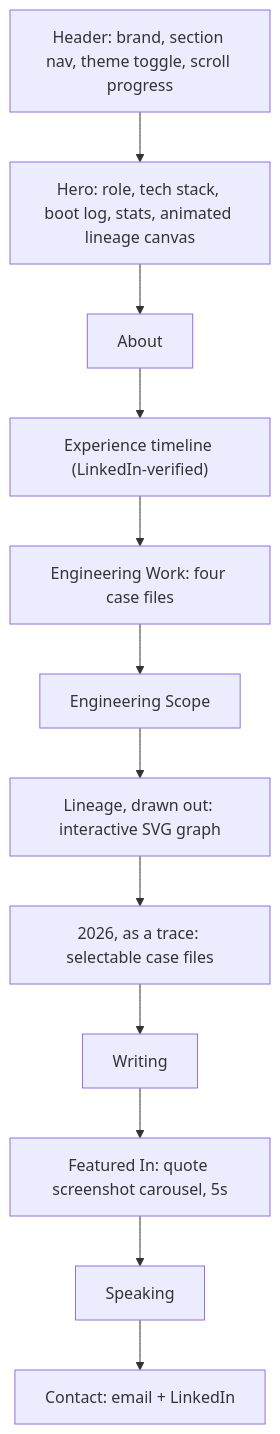
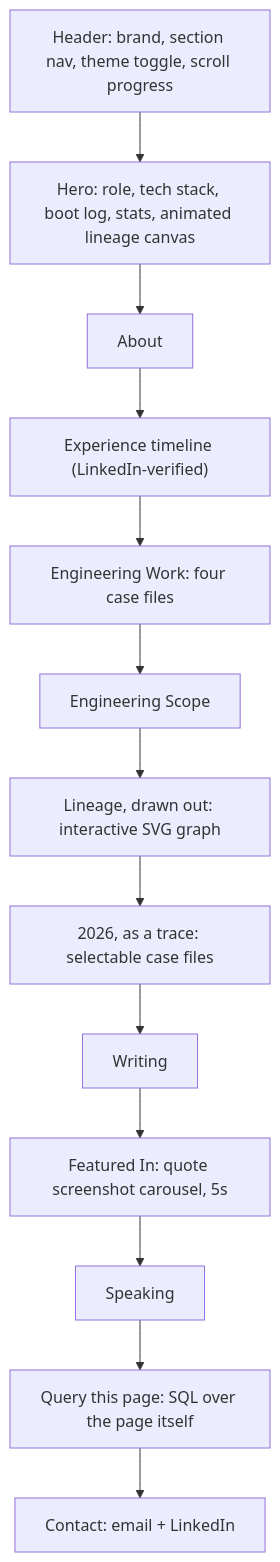
The second of 3 diagrams in README.md (vishuvardhan16/stackhidden.com), drawn with Mermaid before and after one commit. The commit also changed other lines of this file and 2 other files, not shown here.

````diff
--- a/README.md
+++ b/README.md
@@ -76,15 +77,16 @@
 ```mermaid
 flowchart TD
     H["Header: brand, section nav, theme toggle, scroll progress"]
     H --> Hero["Hero: role, tech stack, boot log, stats, animated lineage canvas"]
     Hero --> About
     About --> Experience["Experience timeline (LinkedIn-verified)"]
     Experience --> Work["Engineering Work: four case files"]
     Work --> Scope["Engineering Scope"]
     Scope --> Lineage["Lineage, drawn out: interactive SVG graph"]
     Lineage --> Trace["2026, as a trace: selectable case files"]
     Trace --> Writing
     Writing --> Featured["Featured In: quote screenshot carousel, 5s"]
     Featured --> Speaking
-    Speaking --> Contact["Contact: email + LinkedIn"]
+    Speaking --> Query["Query this page: SQL over the page itself"]
+    Query --> Contact["Contact: email + LinkedIn"]
 ```
````
